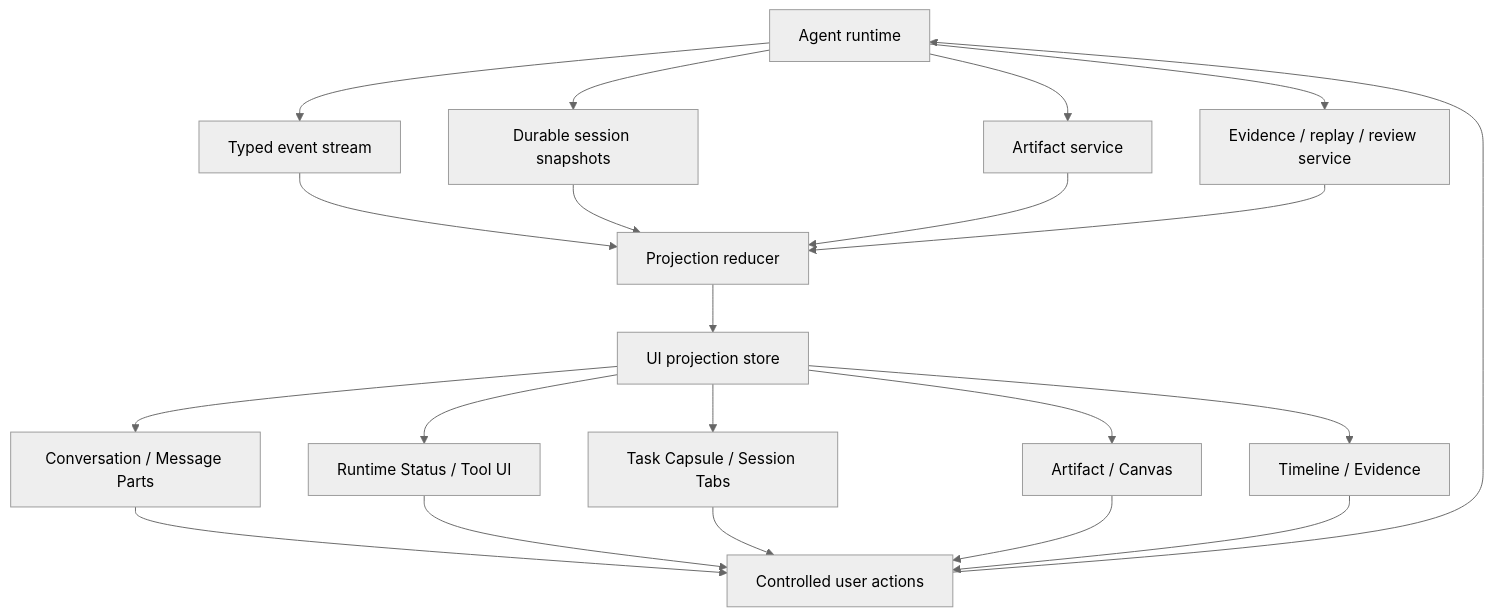
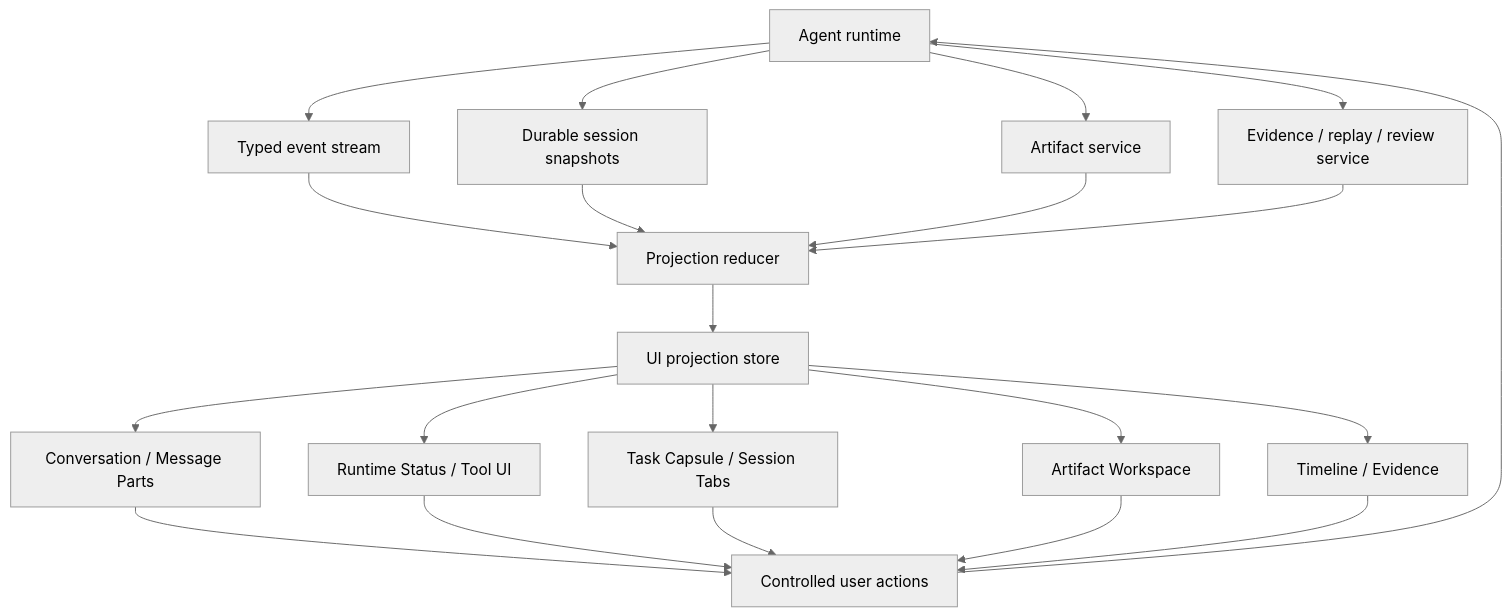
One commit to limecloud/agentui changed the diagram in docs/en/specification.md. Above: the diagram before and after it, drawn with Mermaid (neutral theme). The commit also changed other lines of this file and 38 other files, not shown here.

````diff
--- a/docs/en/specification.md
+++ b/docs/en/specification.md
@@ -26,26 +26,26 @@
 ```mermaid
 flowchart TB
   Runtime[Agent runtime] --> Events[Typed event stream]
   Runtime --> Snapshots[Durable session snapshots]
   Runtime --> Artifacts[Artifact service]
   Runtime --> Evidence[Evidence / replay / review service]
 
   Events --> Reducer[Projection reducer]
   Snapshots --> Reducer
   Artifacts --> Reducer
   Evidence --> Reducer
 
   Reducer --> Projection[UI projection store]
   Projection --> Conversation[Conversation / Message Parts]
   Projection --> Process[Runtime Status / Tool UI]
   Projection --> Task[Task Capsule / Session Tabs]
-  Projection --> ArtifactUI[Artifact / Canvas]
+  Projection --> ArtifactUI[Artifact Workspace]
   Projection --> EvidenceUI[Timeline / Evidence]
 
   Conversation --> Actions[Controlled user actions]
   Process --> Actions
   Task --> Actions
   ArtifactUI --> Actions
   EvidenceUI --> Actions
   Actions --> Runtime
 ```
````
